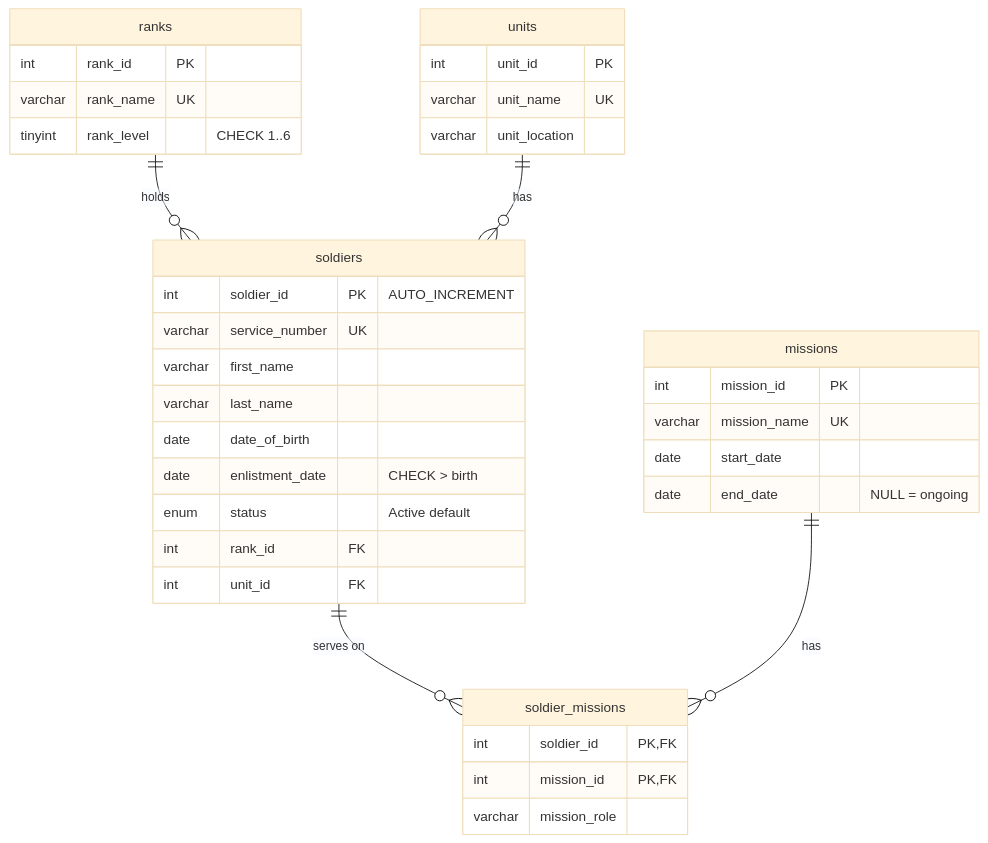
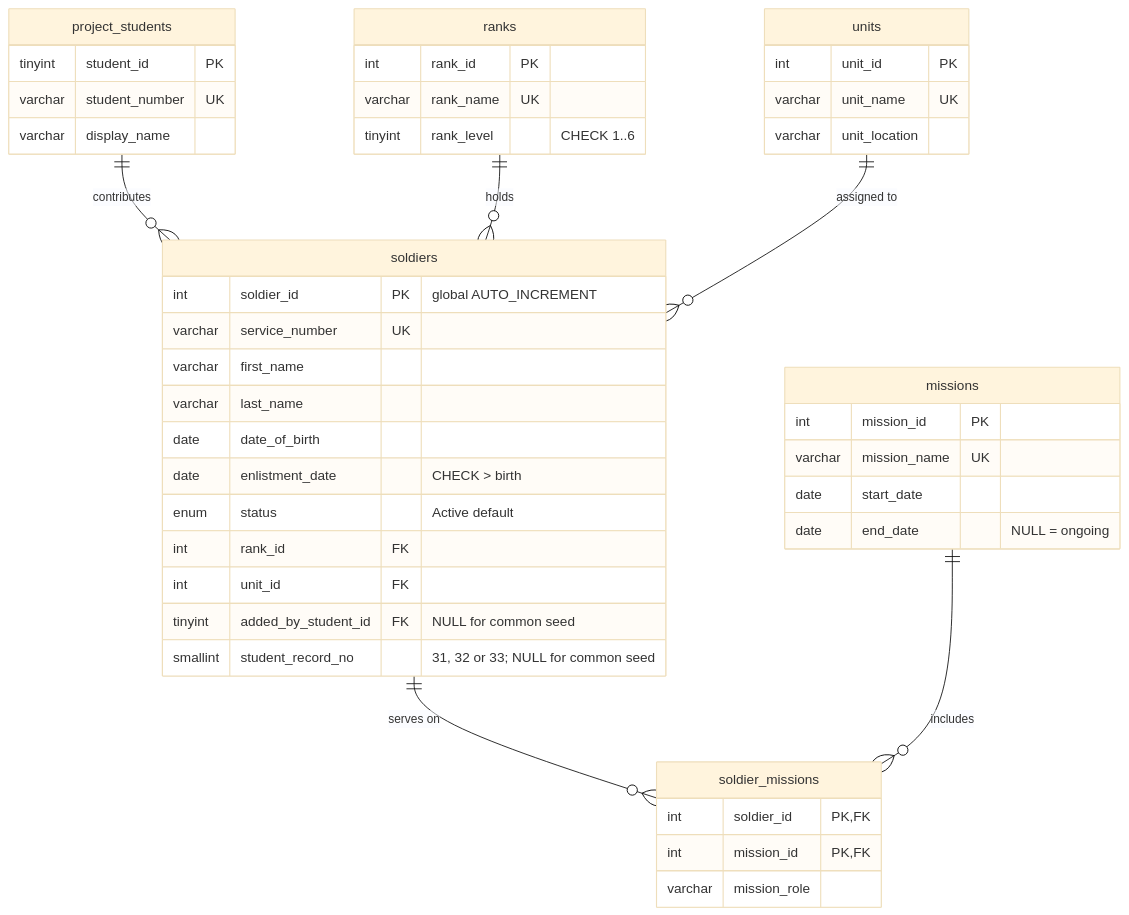
Before and after one commit to asermbai/Soldier_Management_Three_Students: the diagram in er-diagram/er_diagram.mmd, drawn with Mermaid (base theme). The commit also changed 9 other files, not shown here.

Commit message:
Restructure project to use one shared database for three students

```diff
--- a/er-diagram/er_diagram.mmd
+++ b/er-diagram/er_diagram.mmd
@@ -1,38 +1,46 @@
 erDiagram
+    project_students ||--o{ soldiers : "contributes"
     ranks ||--o{ soldiers : "holds"
-    units ||--o{ soldiers : "has"
+    units ||--o{ soldiers : "assigned to"
     soldiers ||--o{ soldier_missions : "serves on"
-    missions ||--o{ soldier_missions : "has"
+    missions ||--o{ soldier_missions : "includes"
 
+    project_students {
+        tinyint student_id PK
+        varchar student_number UK
+        varchar display_name
+    }
     ranks {
         int rank_id PK
         varchar rank_name UK
         tinyint rank_level "CHECK 1..6"
     }
     units {
         int unit_id PK
         varchar unit_name UK
         varchar unit_location
     }
     missions {
         int mission_id PK
         varchar mission_name UK
         date start_date
         date end_date "NULL = ongoing"
     }
     soldiers {
-        int soldier_id PK "AUTO_INCREMENT"
+        int soldier_id PK "global AUTO_INCREMENT"
         varchar service_number UK
         varchar first_name
         varchar last_name
         date date_of_birth
         date enlistment_date "CHECK > birth"
         enum status "Active default"
         int rank_id FK
         int unit_id FK
+        tinyint added_by_student_id FK "NULL for common seed"
+        smallint student_record_no "31, 32 or 33; NULL for common seed"
     }
     soldier_missions {
         int soldier_id PK, FK
         int mission_id PK, FK
         varchar mission_role
     }
```
